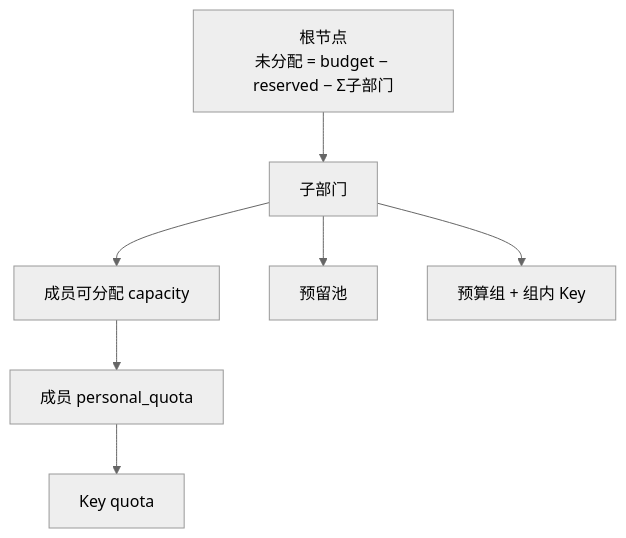
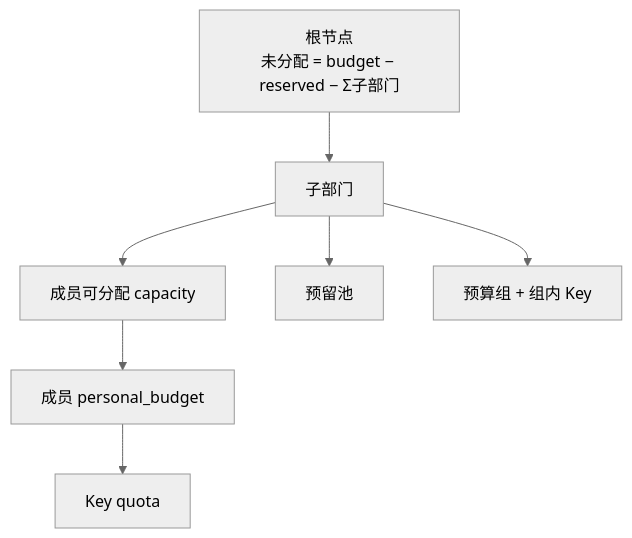
One commit to quyip8818/mytokenjoy changed the fourth of 10 diagrams in docs/Backend-预算.md. Above: the diagram before and after it, drawn with Mermaid (neutral theme). The commit also changed other lines of this file and 106 other files, not shown here.

````diff
--- a/docs/Backend-预算.md
+++ b/docs/Backend-预算.md
@@ -147,10 +147,10 @@
 ```mermaid
 flowchart TB
   ROOT[根节点<br/>未分配 = budget − reserved − Σ子部门]
   ROOT --> DEPT[子部门]
   DEPT --> CAP[成员可分配 capacity]
-  CAP --> M[成员 personal_quota]
+  CAP --> M[成员 personal_budget]
   M --> K[Key quota]
   DEPT --> POOL[预留池]
   DEPT --> BG[预算组 + 组内 Key]
 ```
````
